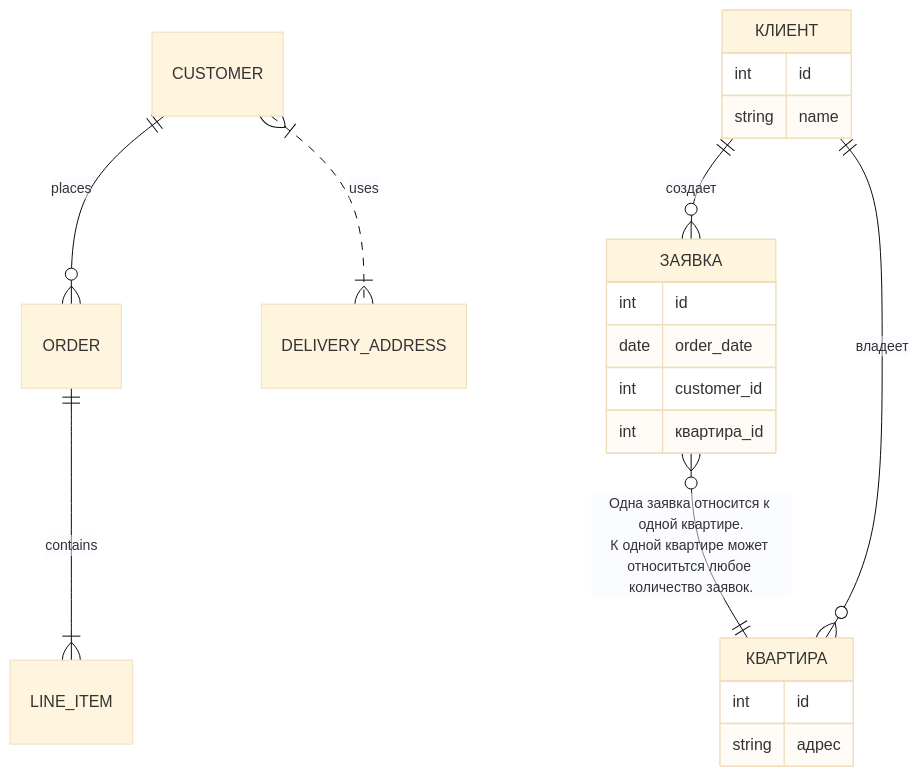
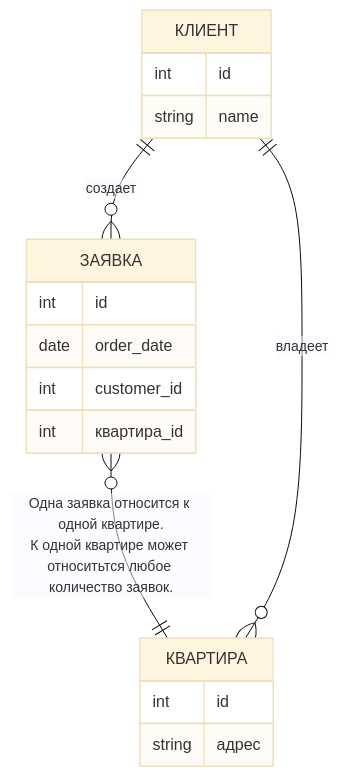
The diagram in erd.md (EPoY74/ep202504_telegramm_bot_ai_l1), drawn with Mermaid (base theme) before and after one commit.

Commit message:
Удалена лишняя информация (пример из сети)

````diff
--- a/erd.md
+++ b/erd.md
@@ -3,29 +3,25 @@
 ```mermaid
 erDiagram
-    CUSTOMER ||--o{ ORDER : places
-    ORDER ||--|{ LINE_ITEM : contains
-    CUSTOMER }|..|{ DELIVERY_ADDRESS : uses
-
     КЛИЕНТ {
         int id
         string name
     }
 
     ЗАЯВКА {
         int id
         date order_date
         int customer_id
         int квартира_id
     }
 
     КВАРТИРА {
         int id
         string адрес
     }
 
     ЗАЯВКА }o--|| КВАРТИРА : "Одна заявка относится к одной квартире.
     К одной квартире может относитьтся любое количество заявок."
 
     КЛИЕНТ ||--o{ ЗАЯВКА : создает
     КЛИЕНТ ||--o{ КВАРТИРА : владеет
 ```
````
